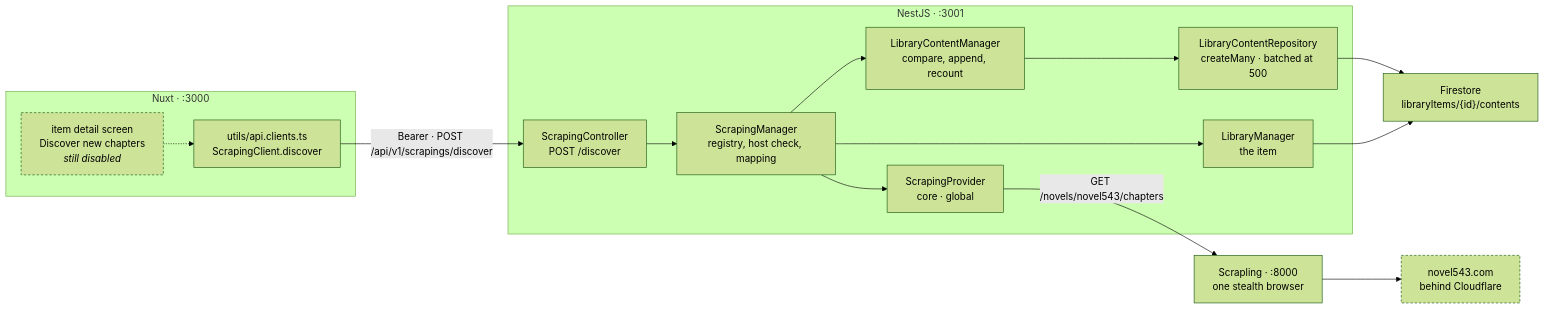
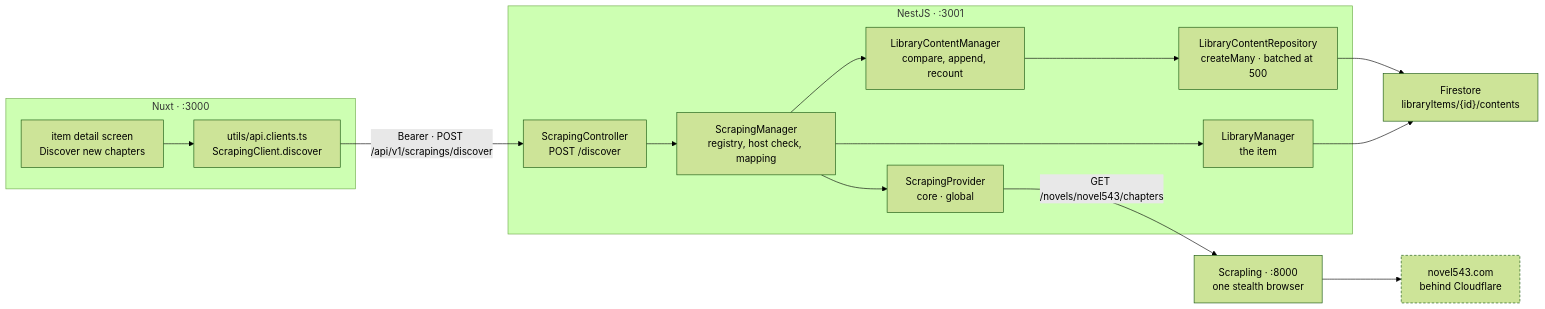
One commit to datntdev0/projects.media-studio changed the diagram in _docs/plan/[scraping]-part1_discover_new_library_content_list.md. Above: the diagram before and after it, drawn with Mermaid (forest theme). The commit also changed other lines of this file and 7 other files, not shown here.

````diff
--- a/_docs/plan/[scraping]-part1_discover_new_library_content_list.md
+++ b/_docs/plan/[scraping]-part1_discover_new_library_content_list.md
@@ -136,35 +137,34 @@
 ```mermaid
 flowchart LR
     subgraph fe["Nuxt · :3000"]
-        DETAIL["item detail screen<br/>Discover new chapters<br/><i>still disabled</i>"]
+        DETAIL["item detail screen<br/>Discover new chapters"]
         CLIENT["utils/api.clients.ts<br/>ScrapingClient.discover"]
-        DETAIL -.-> CLIENT
+        DETAIL --> CLIENT
     end
 
     subgraph be["NestJS · :3001"]
         CTRL["ScrapingController<br/>POST /discover"]
         MGR["ScrapingManager<br/>registry, host check, mapping"]
         LMGR["LibraryManager<br/>the item"]
         CMGR["LibraryContentManager<br/>compare, append, recount"]
         CREPO["LibraryContentRepository<br/>createMany · batched at 500"]
         PROV["ScrapingProvider<br/>core · global"]
         CTRL --> MGR
         MGR --> LMGR
         MGR --> CMGR
         MGR --> PROV
         CMGR --> CREPO
     end
 
     SCRAPE["Scrapling · :8000<br/>one stealth browser"]
     FS["Firestore<br/>libraryItems/{id}/contents"]
     SITE["novel543.com<br/>behind Cloudflare"]
 
     CLIENT -- "Bearer · POST /api/v1/scrapings/discover" --> CTRL
     PROV -- "GET /novels/novel543/chapters" --> SCRAPE
     CREPO --> FS
     LMGR --> FS
     SCRAPE --> SITE
 
     style SITE stroke-dasharray: 4 3
-    style DETAIL stroke-dasharray: 4 3
 ```
````
